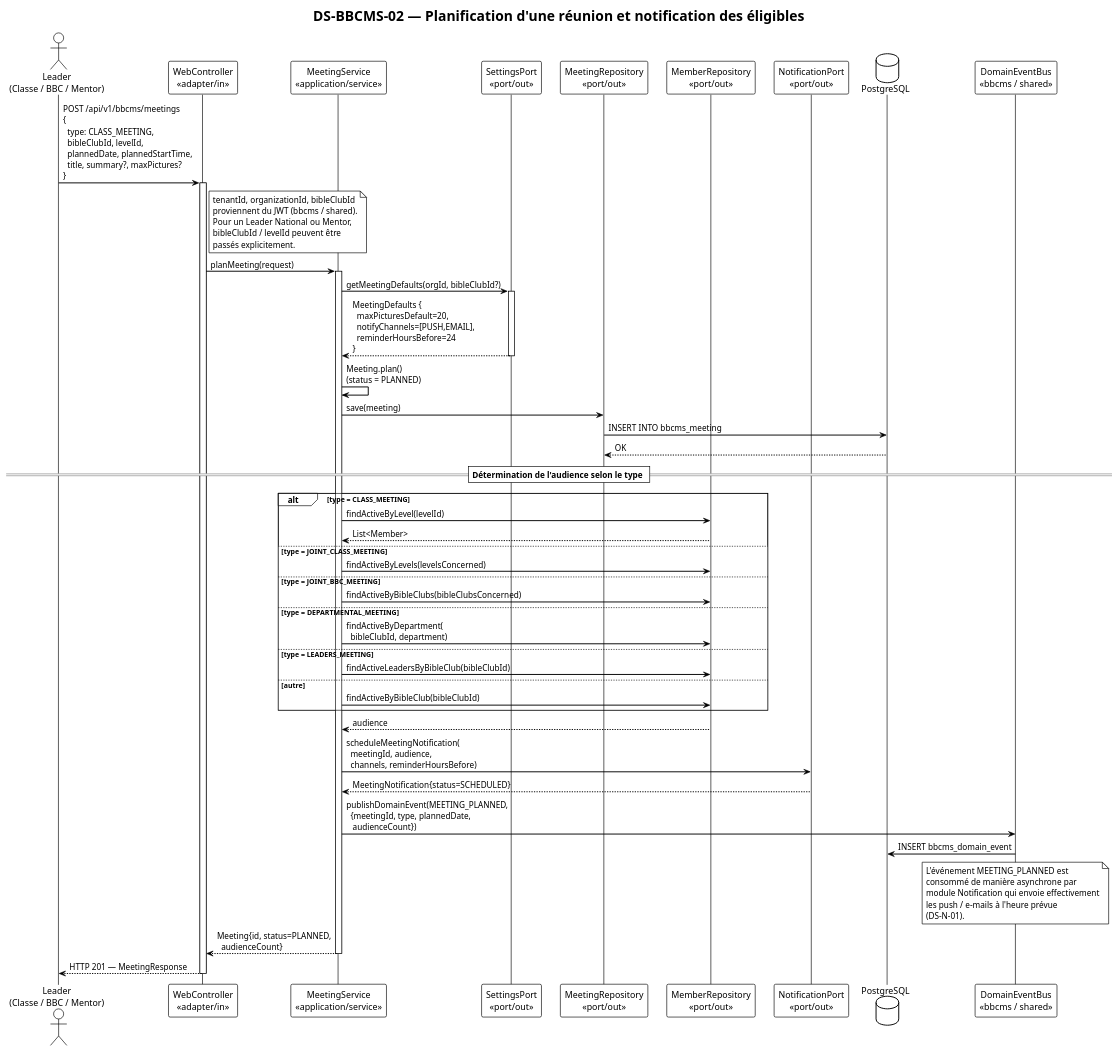
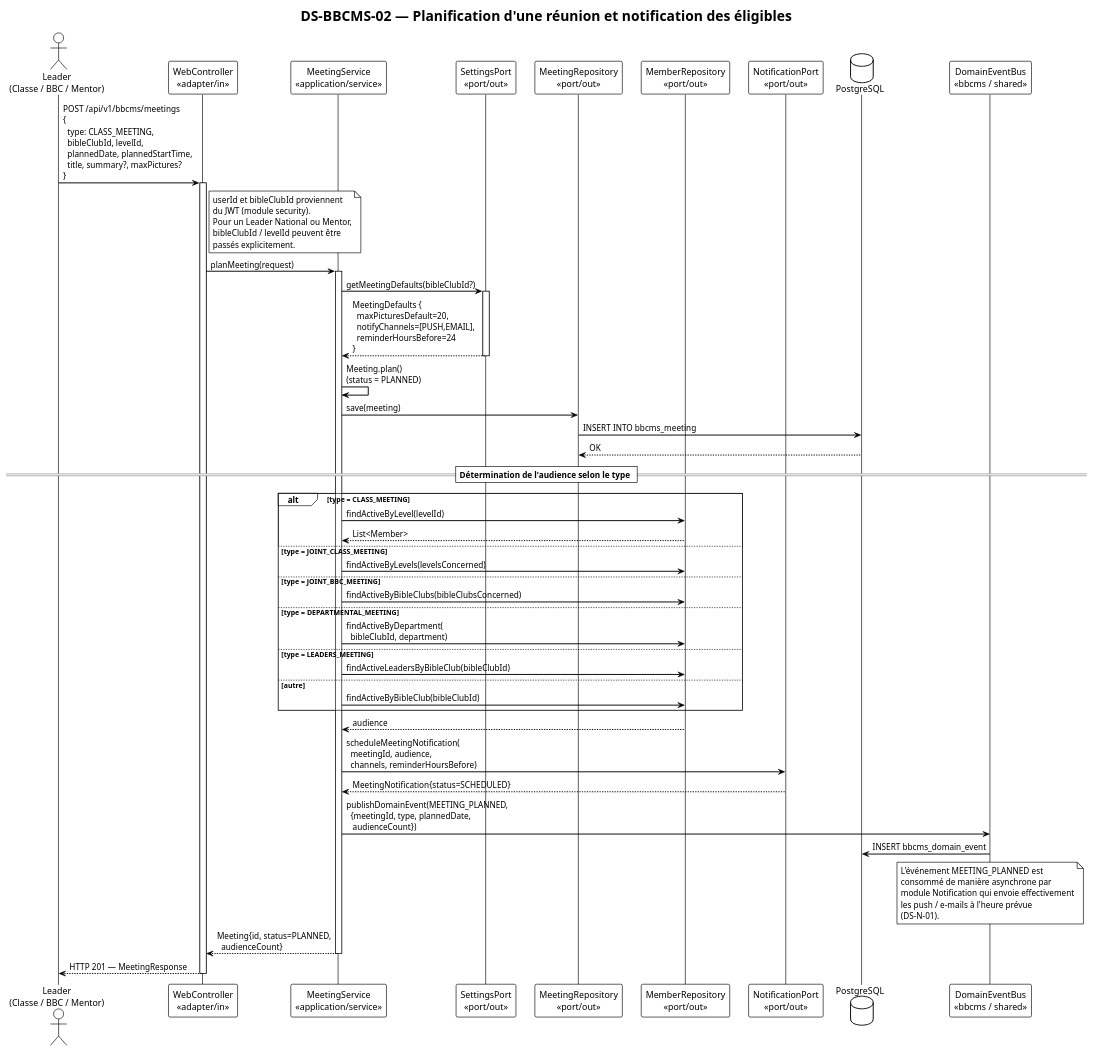
Before and after one commit to TF-Jordan/CairTech: the diagram in bbcms/diagrams/ds-bbcms-02-meeting-plan-notify.puml, drawn with PlantUML. The commit also changed 16 other files, not shown here.

First line of the commit message:
Remove multi-tenant concept: bbcms is mono-organisation

```diff
--- a/bbcms/diagrams/ds-bbcms-02-meeting-plan-notify.puml
+++ b/bbcms/diagrams/ds-bbcms-02-meeting-plan-notify.puml
@@ -1,80 +1,80 @@
 @startuml ds-bbcms-02-meeting-plan-notify
 !theme plain
 skinparam sequenceArrowThickness 1.5
 
 title DS-BBCMS-02 — Planification d'une réunion et notification des éligibles
 
 actor "Leader\n(Classe / BBC / Mentor)" as leader
 participant "WebController\n<<adapter/in>>" as ctrl
 participant "MeetingService\n<<application/service>>" as svc
 participant "SettingsPort\n<<port/out>>" as settings
 participant "MeetingRepository\n<<port/out>>" as repoMeet
 participant "MemberRepository\n<<port/out>>" as repoMem
 participant "NotificationPort\n<<port/out>>" as notifPort
 database "PostgreSQL" as db
 participant "DomainEventBus\n<<bbcms / shared>>" as outbox
 
 leader -> ctrl : POST /api/v1/bbcms/meetings\n{\n  type: CLASS_MEETING,\n  bibleClubId, levelId,\n  plannedDate, plannedStartTime,\n  title, summary?, maxPictures?\n}
 activate ctrl
 
 note right of ctrl
-  tenantId, organizationId, bibleClubId
-  proviennent du JWT (bbcms / shared).
+  userId et bibleClubId proviennent
+  du JWT (module security).
   Pour un Leader National ou Mentor,
   bibleClubId / levelId peuvent être
   passés explicitement.
 end note
 
 ctrl -> svc : planMeeting(request)
 activate svc
 
-svc -> settings : getMeetingDefaults(orgId, bibleClubId?)
+svc -> settings : getMeetingDefaults(bibleClubId?)
 activate settings
 settings --> svc : MeetingDefaults {\n  maxPicturesDefault=20,\n  notifyChannels=[PUSH,EMAIL],\n  reminderHoursBefore=24\n}
 deactivate settings
 
 svc -> svc : Meeting.plan()\n(status = PLANNED)
 svc -> repoMeet : save(meeting)
 repoMeet -> db : INSERT INTO bbcms_meeting
 db --> repoMeet : OK
 
 == Détermination de l'audience selon le type ==
 
 alt type = CLASS_MEETING
     svc -> repoMem : findActiveByLevel(levelId)
     repoMem --> svc : List<Member>
 else type = JOINT_CLASS_MEETING
     svc -> repoMem : findActiveByLevels(levelsConcerned)
 else type = JOINT_BBC_MEETING
     svc -> repoMem : findActiveByBibleClubs(bibleClubsConcerned)
 else type = DEPARTMENTAL_MEETING
     svc -> repoMem : findActiveByDepartment(\n  bibleClubId, department)
 else type = LEADERS_MEETING
     svc -> repoMem : findActiveLeadersByBibleClub(bibleClubId)
 else autre
     svc -> repoMem : findActiveByBibleClub(bibleClubId)
 end
 
 repoMem --> svc : audience
 
 svc -> notifPort : scheduleMeetingNotification(\n  meetingId, audience,\n  channels, reminderHoursBefore)
 notifPort --> svc : MeetingNotification{status=SCHEDULED}
 
 svc -> outbox : publishDomainEvent(MEETING_PLANNED,\n  {meetingId, type, plannedDate,\n   audienceCount})
 outbox -> db : INSERT bbcms_domain_event
 
 note over outbox
   L'événement MEETING_PLANNED est
   consommé de manière asynchrone par
   module Notification qui envoie effectivement
   les push / e-mails à l'heure prévue
   (DS-N-01).
 end note
 
 svc --> ctrl : Meeting{id, status=PLANNED,\n  audienceCount}
 deactivate svc
 
 ctrl --> leader : HTTP 201 — MeetingResponse
 deactivate ctrl
 
 @enduml
```
